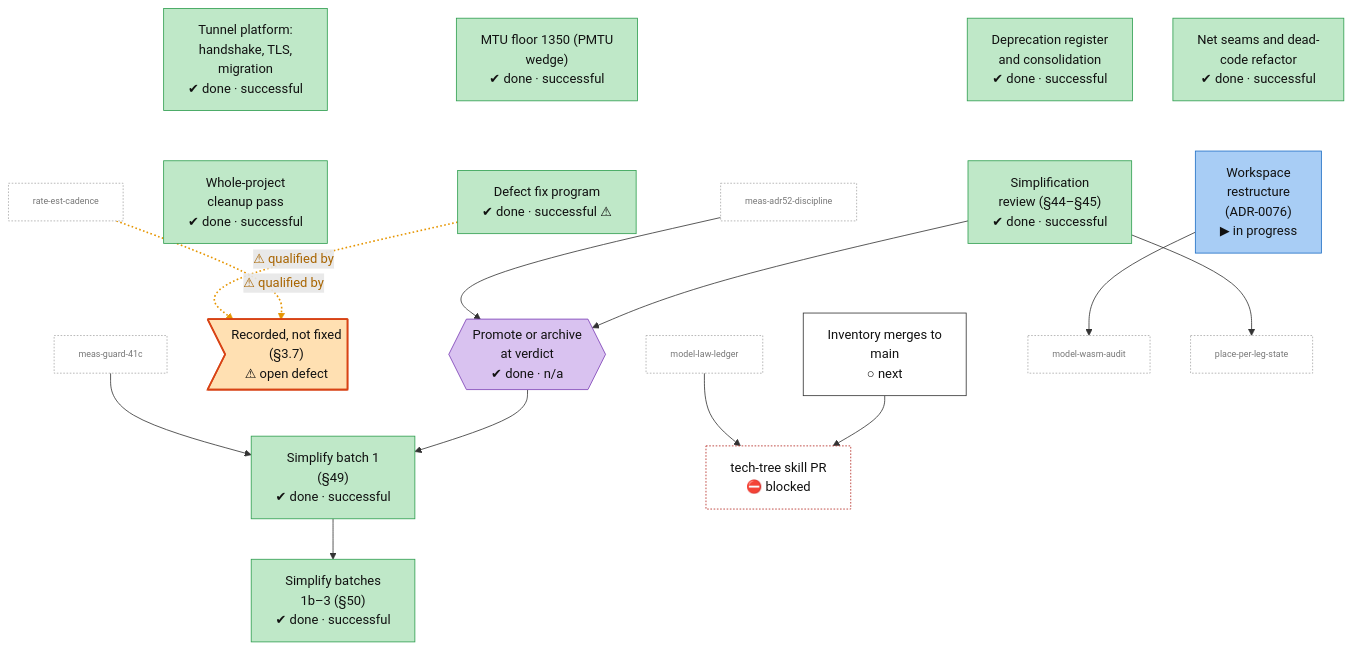
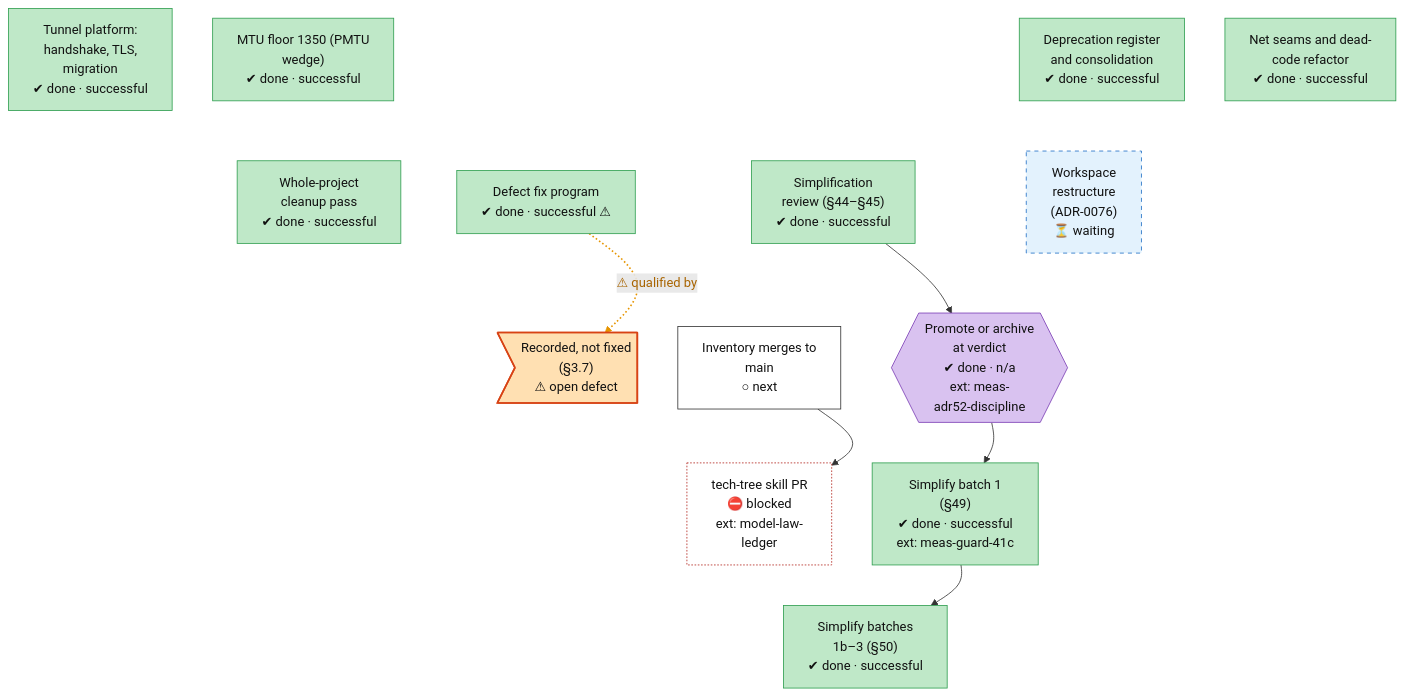
Diagram 14 of 14 in docs/roadmap.md (lhns/raptorpath), drawn with Mermaid before and after one commit. The commit also changed other lines of this file and 1 other file, not shown here.

Commit message:
roadmap: 228 nodes - law-ledger fix order folded in, waiting vs running, owner-request coverage, dates from merges; regenerated on the portrait layout

````diff
--- a/docs/roadmap.md
+++ b/docs/roadmap.md
@@ -1548,61 +1928,78 @@
 ```mermaid
 flowchart TB
     infra_early_platform["Tunnel platform:<br/>handshake, TLS,<br/>migration<br/>✔ done · successful"]
     infra_mtu_floor["MTU floor 1350 (PMTU<br/>wedge)<br/>✔ done · successful"]
     infra_consolidation["Deprecation register<br/>and consolidation<br/>✔ done · successful"]
     infra_net_seams["Net seams and dead-<br/>code refactor<br/>✔ done · successful"]
     infra_cleanup_0927["Whole-project<br/>cleanup pass<br/>✔ done · successful"]
     infra_fix_program["Defect fix program<br/>✔ done · successful ⚠"]
     infra_simplify_review["Simplification<br/>review (#167;44–#167;45)<br/>✔ done · successful"]
-    infra_adr73{{"Promote or archive<br/>at verdict<br/>✔ done · n/a"}}
-    infra_simplify_batch1["Simplify batch 1<br/>(#167;49)<br/>✔ done · successful"]
+    infra_adr73{{"Promote or archive<br/>at verdict<br/>✔ done · n/a<br/>ext: meas-<br/>adr52-discipline"}}
+    infra_simplify_batch1["Simplify batch 1<br/>(#167;49)<br/>✔ done · successful<br/>ext: meas-guard-41c"]
     infra_simplify_batch2["Simplify batches<br/>1b–3 (#167;50)<br/>✔ done · successful"]
-    infra_restructure["Workspace<br/>restructure<br/>(ADR-0076)<br/>▶ in progress"]
+    infra_restructure["Workspace<br/>restructure<br/>(ADR-0076)<br/>⏳ waiting"]
     infra_defect_recorded_not_fixed>"Recorded, not fixed<br/>(#167;3.7)<br/>⚠ open defect"]
     infra_inventory_merges["Inventory merges to<br/>main<br/>○ next"]
-    infra_tech_tree_skill["tech-tree skill PR<br/>⛔ blocked"]
+    infra_tech_tree_skill["tech-tree skill PR<br/>⛔ blocked<br/>ext: model-law-<br/>ledger"]
     infra_early_platform ~~~ infra_cleanup_0927
+    infra_early_platform ~~~ infra_fix_program
+    infra_early_platform ~~~ infra_simplify_review
+    infra_early_platform ~~~ infra_restructure
+    infra_mtu_floor ~~~ infra_cleanup_0927
     infra_mtu_floor ~~~ infra_fix_program
+    infra_mtu_floor ~~~ infra_simplify_review
+    infra_mtu_floor ~~~ infra_restructure
+    infra_consolidation ~~~ infra_cleanup_0927
+    infra_consolidation ~~~ infra_fix_program
     infra_consolidation ~~~ infra_simplify_review
+    infra_consolidation ~~~ infra_restructure
+    infra_net_seams ~~~ infra_cleanup_0927
+    infra_net_seams ~~~ infra_fix_program
+    infra_net_seams ~~~ infra_simplify_review
     infra_net_seams ~~~ infra_restructure
     infra_cleanup_0927 ~~~ infra_defect_recorded_not_fixed
+    infra_cleanup_0927 ~~~ infra_inventory_merges
+    infra_cleanup_0927 ~~~ infra_adr73
+    infra_fix_program ~~~ infra_defect_recorded_not_fixed
     infra_fix_program ~~~ infra_inventory_merges
-    x_meas_adr52_discipline["meas-adr52-discipline"]
-    x_meas_guard_41c["meas-guard-41c"]
-    x_model_law_ledger["model-law-ledger"]
-    x_model_wasm_audit["model-wasm-audit"]
-    x_place_per_leg_state["place-per-leg-state"]
-    x_rate_est_cadence["rate-est-cadence"]
-    x_rate_est_cadence -.->|⚠ qualified by| infra_defect_recorded_not_fixed
-    infra_simplify_review --> x_place_per_leg_state
-    infra_restructure --> x_model_wasm_audit
+    infra_fix_program ~~~ infra_adr73
+    infra_simplify_review ~~~ infra_defect_recorded_not_fixed
+    infra_simplify_review ~~~ infra_inventory_merges
+    infra_simplify_review ~~~ infra_adr73
+    infra_restructure ~~~ infra_defect_recorded_not_fixed
+    infra_restructure ~~~ infra_inventory_merges
+    infra_restructure ~~~ infra_adr73
+    infra_defect_recorded_not_fixed ~~~ infra_tech_tree_skill
+    infra_defect_recorded_not_fixed ~~~ infra_simplify_batch1
+    infra_inventory_merges ~~~ infra_tech_tree_skill
+    infra_inventory_merges ~~~ infra_simplify_batch1
+    infra_adr73 ~~~ infra_tech_tree_skill
+    infra_adr73 ~~~ infra_simplify_batch1
+    infra_tech_tree_skill ~~~ infra_simplify_batch2
+    infra_simplify_batch1 ~~~ infra_simplify_batch2
     infra_fix_program -.->|⚠ qualified by| infra_defect_recorded_not_fixed
     infra_simplify_review --> infra_adr73
-    x_meas_adr52_discipline --> infra_adr73
     infra_adr73 --> infra_simplify_batch1
-    x_meas_guard_41c --> infra_simplify_batch1
     infra_simplify_batch1 --> infra_simplify_batch2
     infra_inventory_merges --> infra_tech_tree_skill
-    x_model_law_ledger --> infra_tech_tree_skill
-    linkStyle 6,9 stroke:#e69500,stroke-width:2px,stroke-dasharray:2 3,color:#a86400
+    linkStyle 36 stroke:#e69500,stroke-width:2px,stroke-dasharray:2 3,color:#a86400
     classDef vsucc fill:#2e9e4f,stroke:#1b6b34,color:#fff
     classDef succ fill:#bfe8c8,stroke:#2e9e4f,color:#111
     classDef mixed fill:#ffd37a,stroke:#c98a00,color:#111
     classDef bad fill:#f28b82,stroke:#b3261e,color:#111
     classDef dead fill:#e6e6e6,stroke:#777,stroke-dasharray:5 5,color:#555
     classDef inprog fill:#a8cdf5,stroke:#1f6fc5,color:#111
     classDef next fill:#fff,stroke:#333,color:#111
     classDef blocked fill:#fff,stroke:#b3261e,stroke-dasharray:2 2,color:#111
     classDef parked fill:#f3f3f3,stroke:#999,color:#555
     classDef unrated fill:#fff,stroke:#333,stroke-dasharray:1 3,color:#111
     classDef userdec fill:#d9c2f0,stroke:#7b3fb5,color:#111
     classDef defect fill:#ffe0b2,stroke:#d84315,stroke-width:2px,color:#111
-    classDef stub fill:#fff,stroke:#aaa,stroke-dasharray:2 2,color:#777,font-size:11px
+    classDef waiting fill:#e3f2fd,stroke:#1f6fc5,stroke-dasharray:5 5,color:#111
     class infra_early_platform,infra_mtu_floor,infra_consolidation,infra_net_seams,infra_cleanup_0927,infra_fix_program,infra_simplify_review,infra_simplify_batch1,infra_simplify_batch2 succ
     class infra_adr73 userdec
-    class infra_restructure inprog
+    class infra_restructure waiting
     class infra_defect_recorded_not_fixed defect
     class infra_inventory_merges next
     class infra_tech_tree_skill blocked
-    class x_meas_adr52_discipline,x_meas_guard_41c,x_model_law_ledger,x_model_wasm_audit,x_place_per_leg_state,x_rate_est_cadence stub
 ```
````
